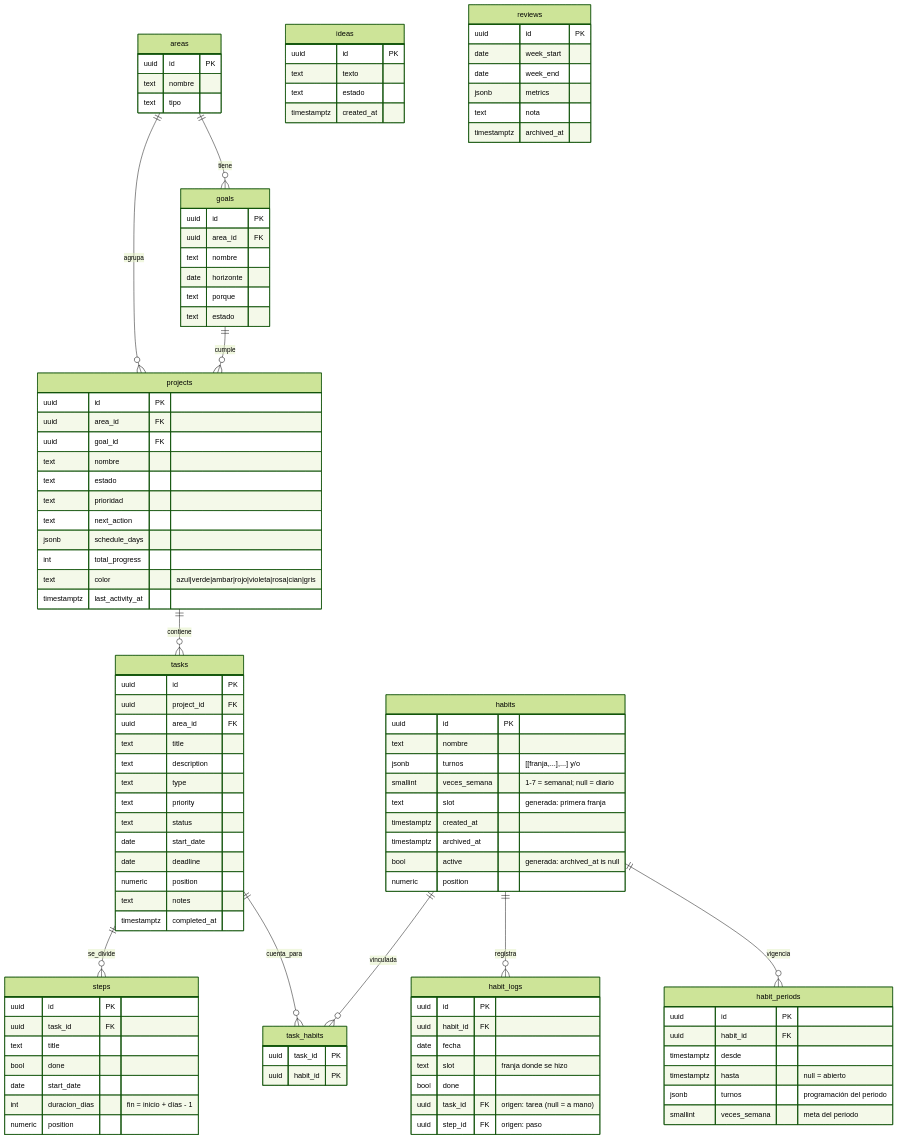
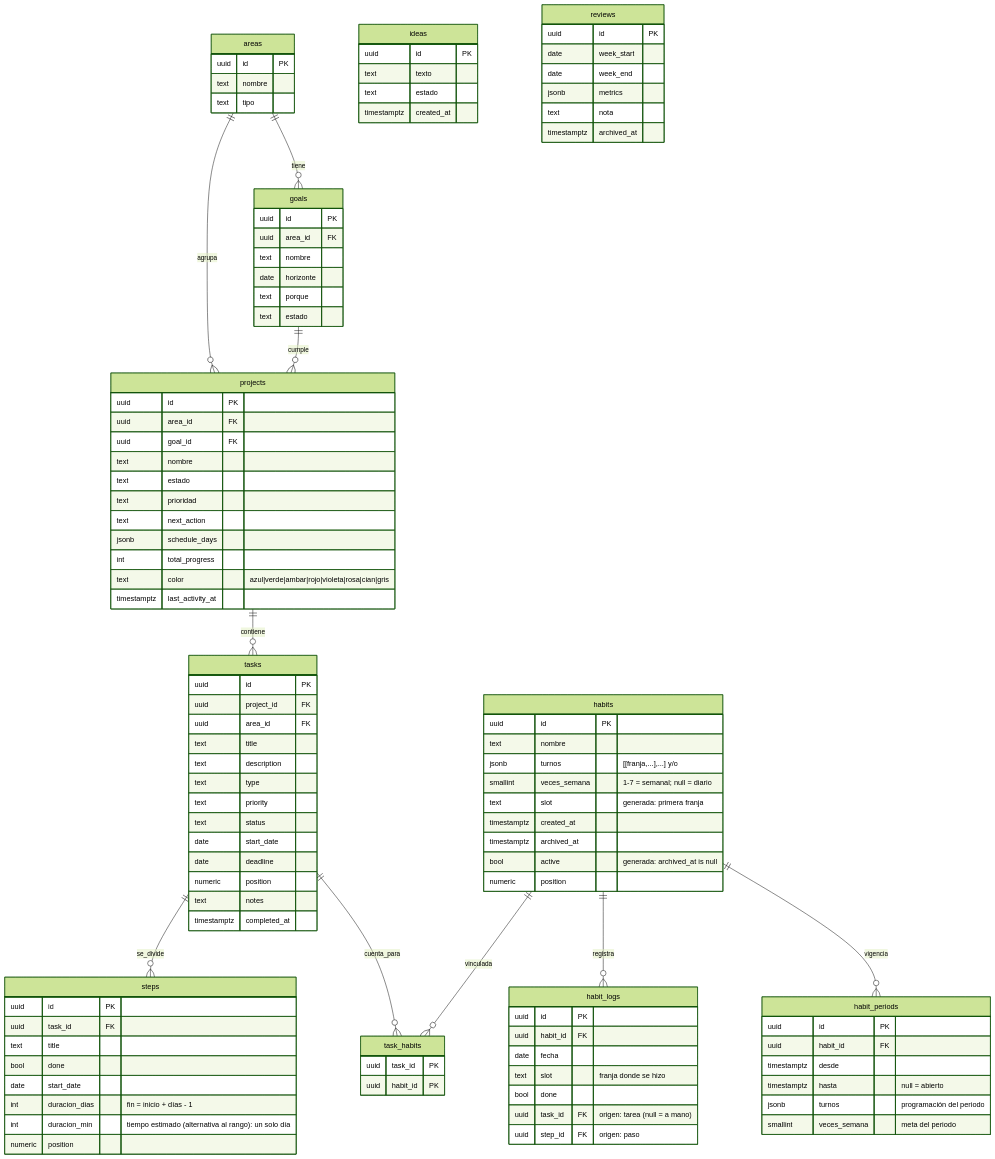
One commit to csr9497/second-brain changed the diagram in docs/DATA-MODEL.md. Above: the diagram before and after it, drawn with Mermaid (forest theme). The commit also changed other lines of this file and 30 other files, not shown here.

First line of the commit message:
Pasos: duración por rango de fechas o tiempo estimado, reordenables; zoom en los Gantt; día expandido en el planificador

```diff
--- a/docs/DATA-MODEL.md
+++ b/docs/DATA-MODEL.md
@@ -62,6 +62,7 @@
     bool done
     date start_date
     int duracion_dias "fin = inicio + días - 1"
+    int duracion_min "tiempo estimado (alternativa al rango): un solo día"
     numeric position
   }
   habits {
```
